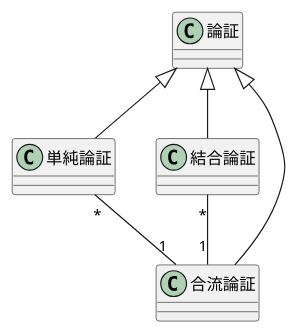
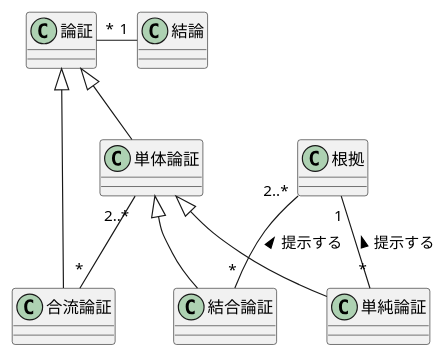
Before and after one commit to yinm/uml-modeling-lesson: the diagram in ch14/excercise/14-2.puml, drawn with PlantUML. The commit also changed 2 other files, not shown here.

```diff
--- a/ch14/excercise/14-2.puml
+++ b/ch14/excercise/14-2.puml
@@ -1,14 +1,20 @@
 @startuml
 
+class 結論
 class 論証
+class 単体論証
+class 合流論証
 class 単純論証
 class 結合論証
-class 合流論証
+class 根拠
 
-単純論証 -u-|> 論証
-結合論証 -u-|> 論証
-合流論証 --|> 論証
-単純論証 "*"--"1" 合流論証
-結合論証 "*"--"1" 合流論証
+論証 "*"-r-"1" 結論
+単体論証 -u-|> 論証
+合流論証 -u-|> 論証
+単体論証 "2..*"--"*" 合流論証
+単純論証 -u-|> 単体論証
+結合論証 -u-|> 単体論証
+根拠 "1"--"*" 単純論証 : < 提示する
+根拠 "2..*"--"*" 結合論証 : < 提示する
 
 @enduml
```
